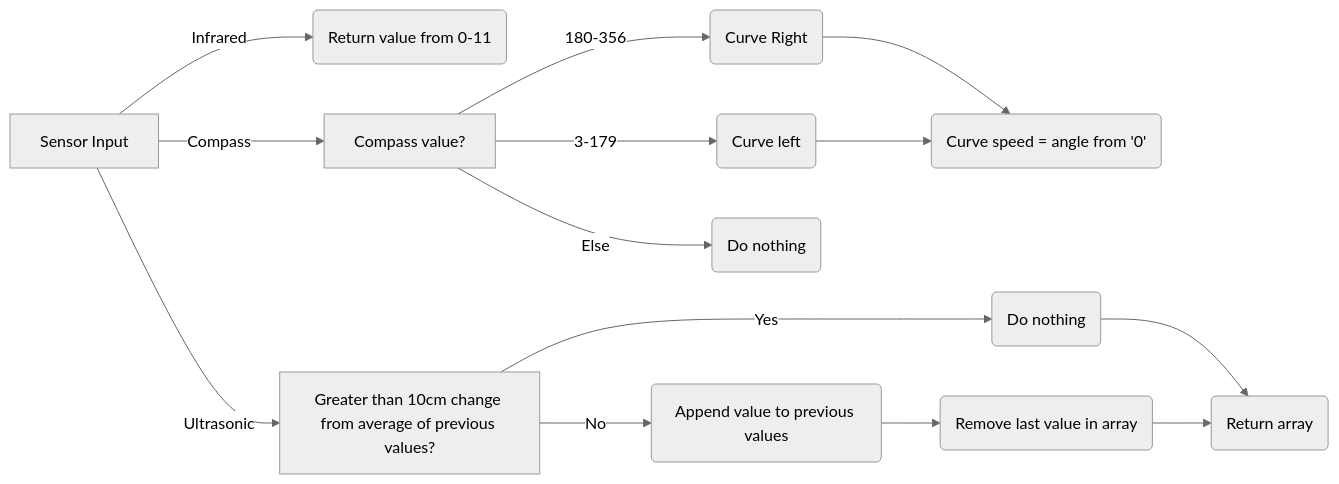
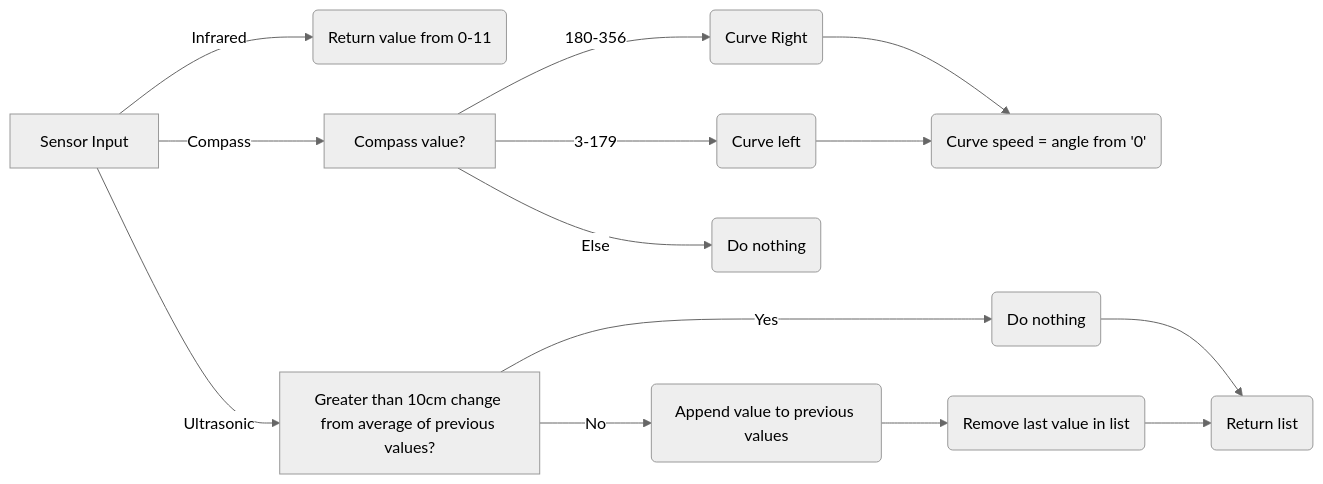
One commit to denyahnov/rc2022 changed the second of 2 diagrams in EngineeringNotebook.md. Above: the diagram before and after it, drawn with Mermaid (neutral theme). The commit also changed other lines of this file, not shown here.

````diff
--- a/EngineeringNotebook.md
+++ b/EngineeringNotebook.md
@@ -73,16 +73,16 @@
 ```mermaid
 graph LR
 input[Sensor Input] -- Infrared --> IrInput(Return value from 0-11)
 input -- Compass --> cInput[Compass value?]
 cInput -- 3-179 --> left(Curve left)
 cInput -- 180-356 --> right(Curve Right)
 cInput -- Else --> straight(Do nothing)
 right --> formula(Curve speed = angle from '0')
 left --> formula
 input -- Ultrasonic --> question[Greater than 10cm change from average of previous values?]
 question -- Yes --> dont(Do nothing)
 question -- No --> do(Append value to previous values)
-do --> remove(Remove last value in array)
-dont --> returnUltrasonic(Return array)
+do --> remove(Remove last value in list)
+dont --> returnUltrasonic(Return list)
 remove--> returnUltrasonic
 ```
````
